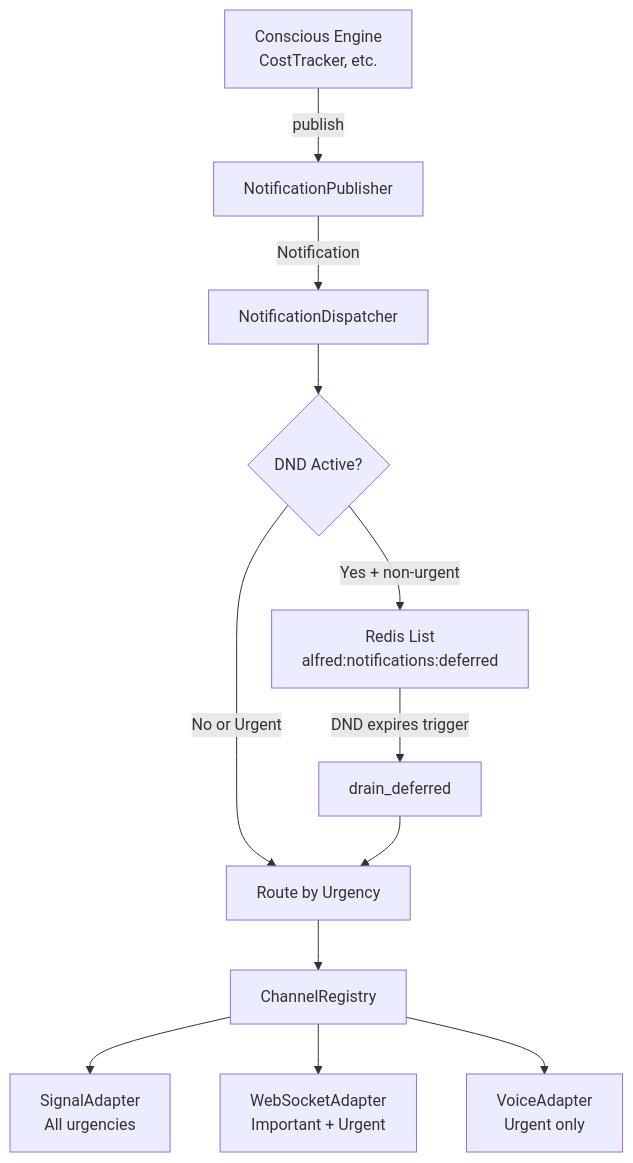
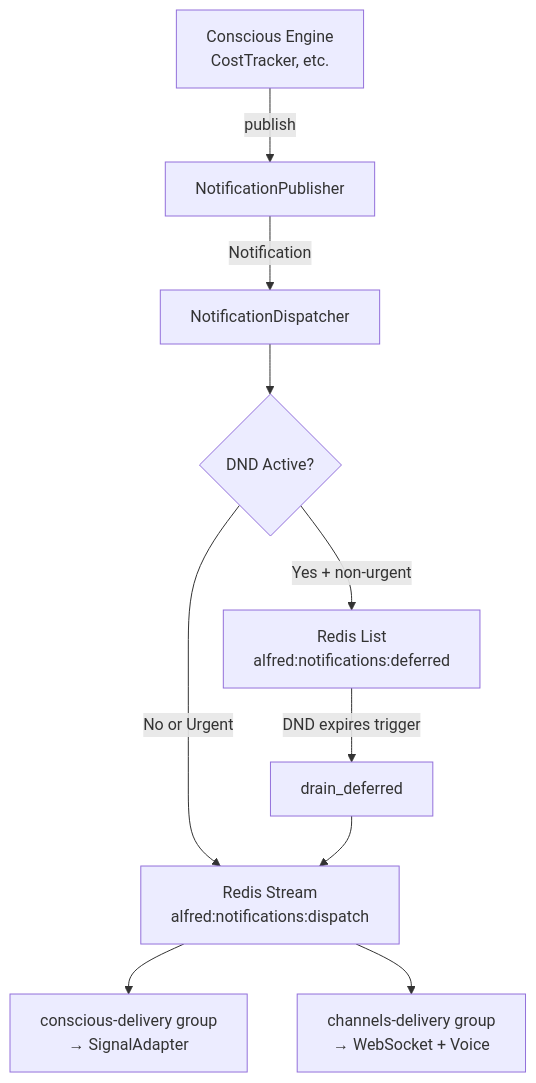
The diagram in docs/notifications.md (anirudhlath/alfred), drawn with Mermaid before and after one commit. The commit also changed other lines of this file and 9 other files, not shown here.

First line of the commit message:
feat(d9): cross-process notification delivery via Redis dispatch stream

````diff
--- a/docs/notifications.md
+++ b/docs/notifications.md
@@ -11,14 +11,12 @@
 ```mermaid
 graph TD
     CE[Conscious Engine<br/>CostTracker, etc.] -->|publish| NP[NotificationPublisher]
     NP -->|Notification| ND[NotificationDispatcher]
     ND --> DND{DND Active?}
     DND -->|Yes + non-urgent| DEFER[Redis List<br/>alfred:notifications:deferred]
-    DND -->|No or Urgent| ROUTE[Route by Urgency]
-    ROUTE --> CR[ChannelRegistry]
-    CR --> SIG[SignalAdapter<br/>All urgencies]
-    CR --> WS[WebSocketAdapter<br/>Important + Urgent]
-    CR --> VOICE[VoiceAdapter<br/>Urgent only]
+    DND -->|No or Urgent| STREAM[Redis Stream<br/>alfred:notifications:dispatch]
+    STREAM --> CG1[conscious-delivery group<br/>→ SignalAdapter]
+    STREAM --> CG2[channels-delivery group<br/>→ WebSocket + Voice]
     DEFER -->|DND expires trigger| DRAIN[drain_deferred]
-    DRAIN --> ROUTE
+    DRAIN --> STREAM
 ```
````
